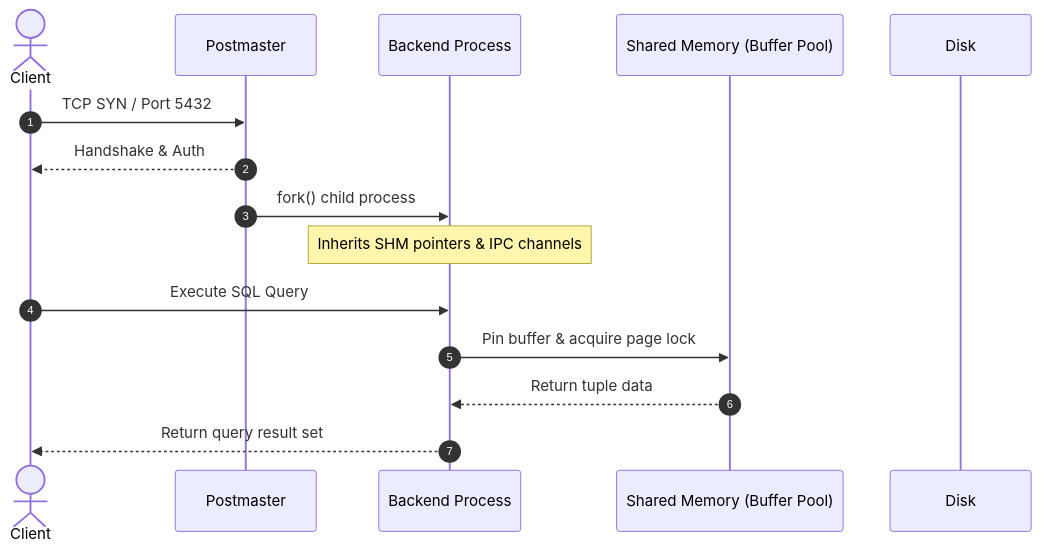
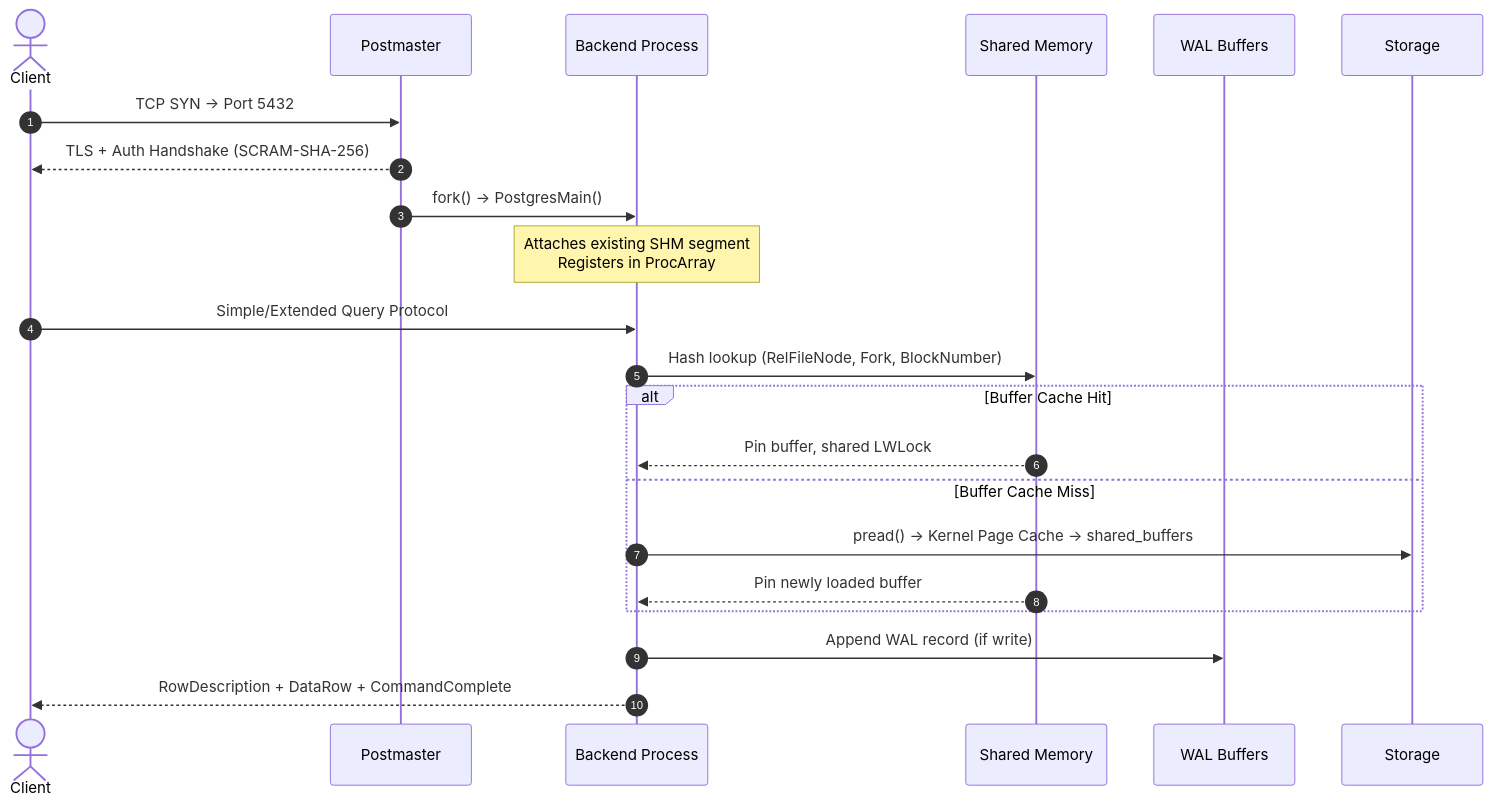
One commit to blebleblee/synapse changed the first of 9 diagrams in topics/computing/data/postgresql/lesson_02_architecture_and_process_model.md. Above: the diagram before and after it, drawn with Mermaid. The commit also changed other lines of this file and 6 other files, not shown here.

````diff
--- a/topics/computing/data/postgresql/lesson_02_architecture_and_process_model.md
+++ b/topics/computing/data/postgresql/lesson_02_architecture_and_process_model.md
@@ -9,18 +9,25 @@
 ```mermaid
 sequenceDiagram
     autonumber
     actor Client
-    participant Postmaster
-    participant Backend as Backend Process
-    participant SharedMem as Shared Memory (Buffer Pool)
-    participant Disk
+    participant PM as Postmaster
+    participant BE as Backend Process
+    participant SHM as Shared Memory
+    participant WAL as WAL Buffers
+    participant Disk as Storage
 
-    Client->>Postmaster: TCP SYN / Port 5432
-    Postmaster-->>Client: Handshake & Auth
-    Postmaster->>Backend: fork() child process
-    Note over Backend: Inherits SHM pointers & IPC channels
-    Client->>Backend: Execute SQL Query
-    Backend->>SharedMem: Pin buffer & acquire page lock
-    SharedMem-->>Backend: Return tuple data
-    Backend-->>Client: Return query result set
+    Client->>PM: TCP SYN → Port 5432
+    PM-->>Client: TLS + Auth Handshake (SCRAM-SHA-256)
+    PM->>BE: fork() → PostgresMain()
+    Note over BE: Attaches existing SHM segment<br/>Registers in ProcArray
+    Client->>BE: Simple/Extended Query Protocol
+    BE->>SHM: Hash lookup (RelFileNode, Fork, BlockNumber)
+    alt Buffer Cache Hit
+        SHM-->>BE: Pin buffer, shared LWLock
+    else Buffer Cache Miss
+        BE->>Disk: pread() → Kernel Page Cache → shared_buffers
+        SHM-->>BE: Pin newly loaded buffer
+    end
+    BE->>WAL: Append WAL record (if write)
+    BE-->>Client: RowDescription + DataRow + CommandComplete
 ```
````
